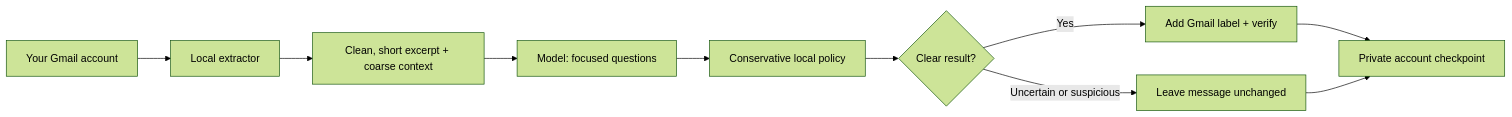
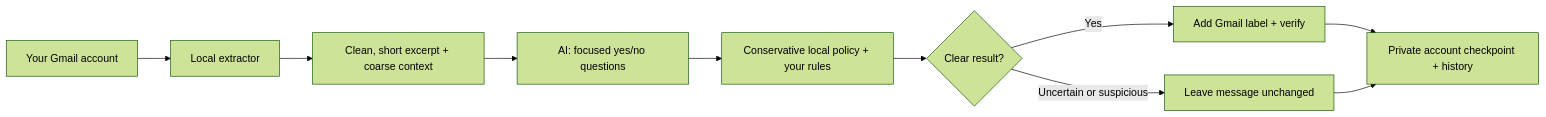
Before and after one commit to shimoverse/inbox-triage: the diagram in README.md, drawn with Mermaid (forest theme). The commit also changed other lines of this file and 23 other files, not shown here.

````diff
--- a/README.md
+++ b/README.md
@@ -14,12 +17,12 @@
 ```mermaid
 flowchart LR
     A[Your Gmail account] --> B[Local extractor]
     B --> C[Clean, short excerpt + coarse context]
-    C --> D[Model: focused questions]
-    D --> E[Conservative local policy]
+    C --> D[AI: focused yes/no questions]
+    D --> E[Conservative local policy + your rules]
     E --> F{Clear result?}
     F -->|Yes| G[Add Gmail label + verify]
     F -->|Uncertain or suspicious| H[Leave message unchanged]
-    G --> I[Private account checkpoint]
+    G --> I[Private account checkpoint + history]
     H --> I
 ```
````
